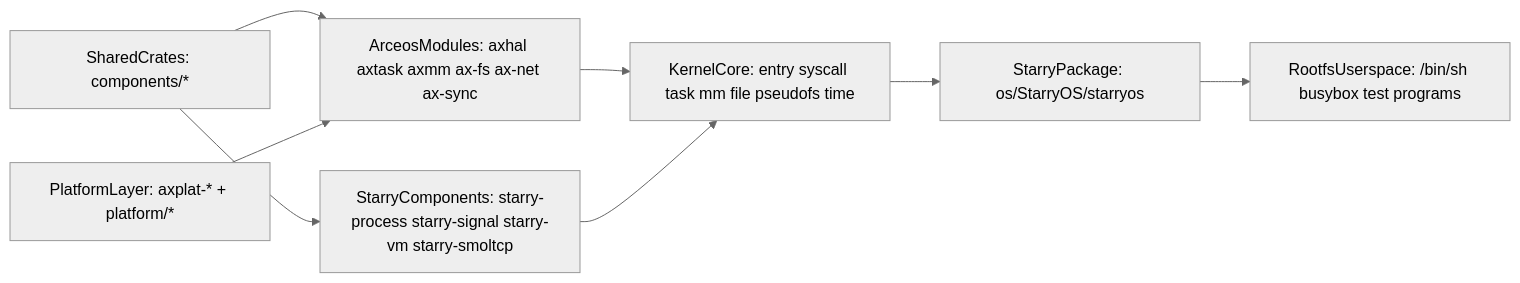
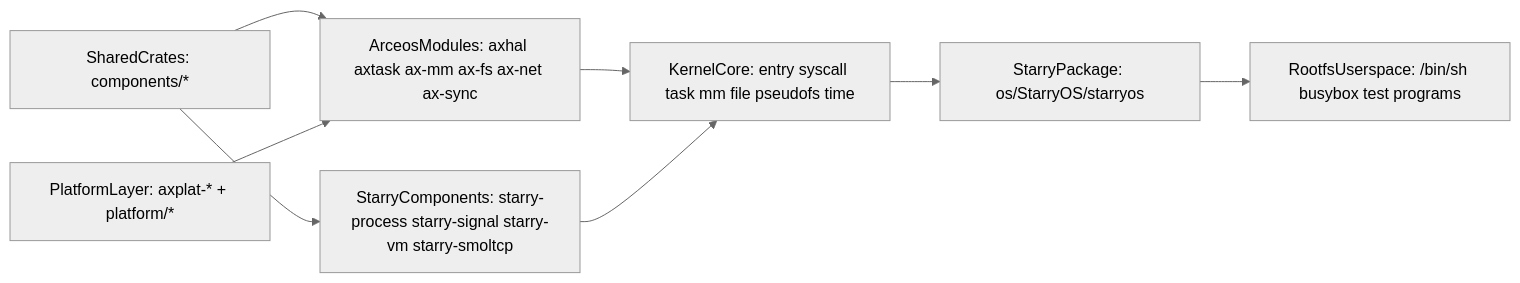
Before and after one commit to zKurisu/tgoskits: the first of 5 diagrams in docs/starryos-internals.md, drawn with Mermaid (neutral theme). The commit also changed other lines of this file and 34 other files, not shown here.

````diff
--- a/docs/starryos-internals.md
+++ b/docs/starryos-internals.md
@@ -26,18 +26,18 @@
 ```mermaid
 flowchart LR
     rootfsUsers["RootfsUserspace: /bin/sh busybox test programs"]
     starryPackage["StarryPackage: os/StarryOS/starryos"]
     kernelCore["KernelCore: entry syscall task mm file pseudofs time"]
     starryComponents["StarryComponents: starry-process starry-signal starry-vm starry-smoltcp"]
-    arceosModules["ArceosModules: axhal axtask axmm ax-fs ax-net ax-sync"]
+    arceosModules["ArceosModules: axhal axtask ax-mm ax-fs ax-net ax-sync"]
     sharedCrates["SharedCrates: components/*"]
     platformLayer["PlatformLayer: axplat-* + platform/*"]
 
     sharedCrates --> arceosModules
     sharedCrates --> starryComponents
     platformLayer --> arceosModules
     arceosModules --> kernelCore
     starryComponents --> kernelCore
     kernelCore --> starryPackage
     starryPackage --> rootfsUsers
 ```
````
